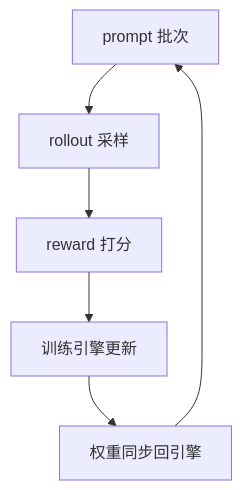
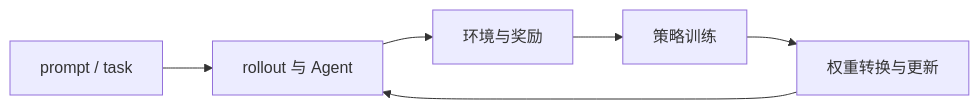
One commit to ChaoyuWang04/MockInterview changed the diagram in knowledge/04-Infra/02-框架与引擎/RL框架对比.md. Above: the diagram before and after it, drawn with Mermaid. The commit also changed other lines of this file and 15 other files, not shown here.

````diff
--- a/knowledge/04-Infra/02-框架与引擎/RL框架对比.md
+++ b/knowledge/04-Infra/02-框架与引擎/RL框架对比.md
@@ -15,8 +29,8 @@
 ```mermaid
-flowchart TD
-    A["prompt 批次"] --> B["rollout 采样"]
-    B --> C["reward 打分"]
-    C --> D["训练引擎更新"]
-    D --> E["权重同步回引擎"]
-    E --> A
+flowchart LR
+    A["prompt / task"] --> B["rollout 与 Agent"]
+    B --> C["环境与奖励"]
+    C --> D["策略训练"]
+    D --> E["权重转换与更新"]
+    E --> B
 ```
````
